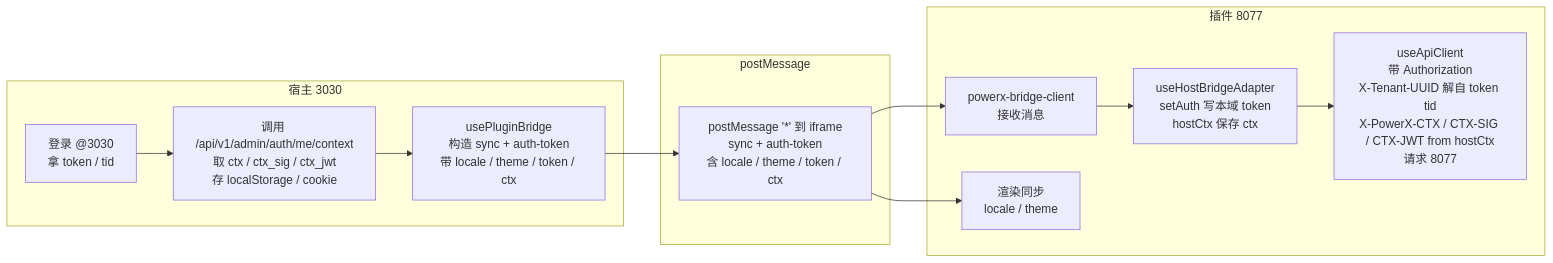
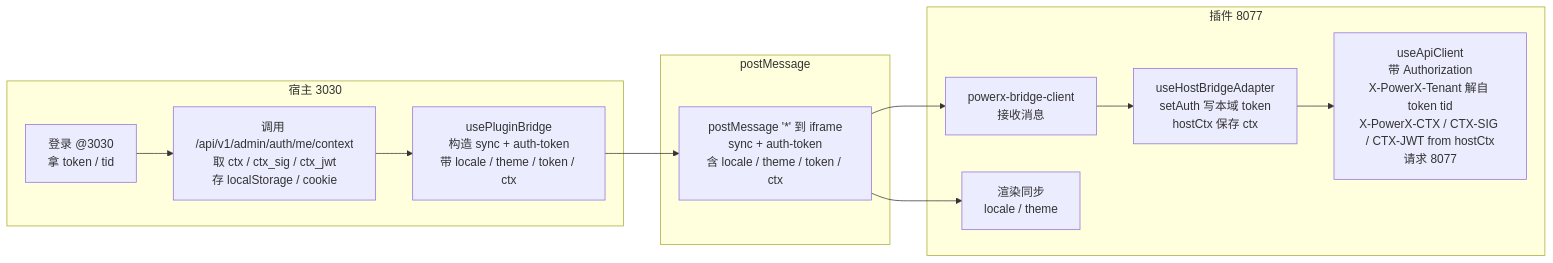
One commit to ArtisanCloud/PowerX changed the diagram in docs/guides/plugin_release/application_runbook.md. Above: the diagram before and after it, drawn with Mermaid. The commit also changed other lines of this file and 97 other files, not shown here.

Commit message:
本次更新主要把开放 API 的 AI/Agent 调用打通，并统一了多模态与会话逻辑：新增 /api/v1/ai/* 接口与统一服务层；LLM/Embedding 走真实调用，其他模态先占位；/agents/invoke   改为真实执行；Agent 会话支持 uuid，新增会话内 invoke/stream，强制 session_id；env 解析统一优先 JWT/tenant current_env，default 不再误导；修复 catalog 路径兜底与   tenant header 逻辑；补齐相关文档与 quickstart 示例。

````diff
--- a/docs/guides/plugin_release/application_runbook.md
+++ b/docs/guides/plugin_release/application_runbook.md
@@ -176,19 +176,19 @@
 ```mermaid
 flowchart LR
   subgraph Host[宿主 3030]
     H1[登录 @3030<br>拿 token / tid]
     H2[调用 /api/v1/admin/auth/me/context<br>取 ctx / ctx_sig / ctx_jwt<br>存 localStorage / cookie]
     H3[usePluginBridge<br>构造 sync + auth-token<br>带 locale / theme / token / ctx]
   end
   subgraph Bridge[postMessage]
     M[postMessage '*' 到 iframe<br>sync + auth-token<br>含 locale / theme / token / ctx]
   end
   subgraph Plugin[插件 8077]
     P1[powerx-bridge-client<br>接收消息]
     P2[useHostBridgeAdapter<br>setAuth 写本域 token<br>hostCtx 保存 ctx]
-    P3[useApiClient<br>带 Authorization<br>X-Tenant-UUID 解自 token tid<br>X-PowerX-CTX / CTX-SIG / CTX-JWT from hostCtx<br>请求 8077]
+    P3[useApiClient<br>带 Authorization<br>X-PowerX-Tenant 解自 token tid<br>X-PowerX-CTX / CTX-SIG / CTX-JWT from hostCtx<br>请求 8077]
     P4[渲染同步<br>locale / theme]
   end
   H1 --> H2 --> H3 --> M --> P1 --> P2 --> P3
   M --> P4
 ```
````
